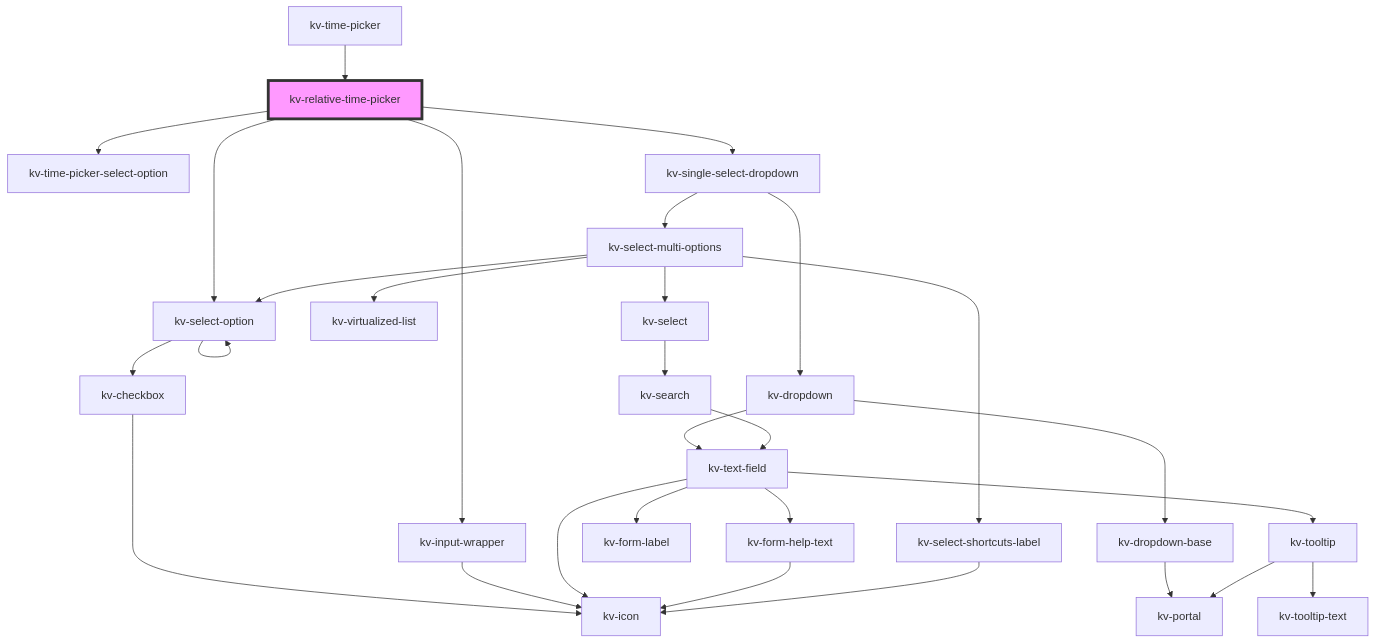
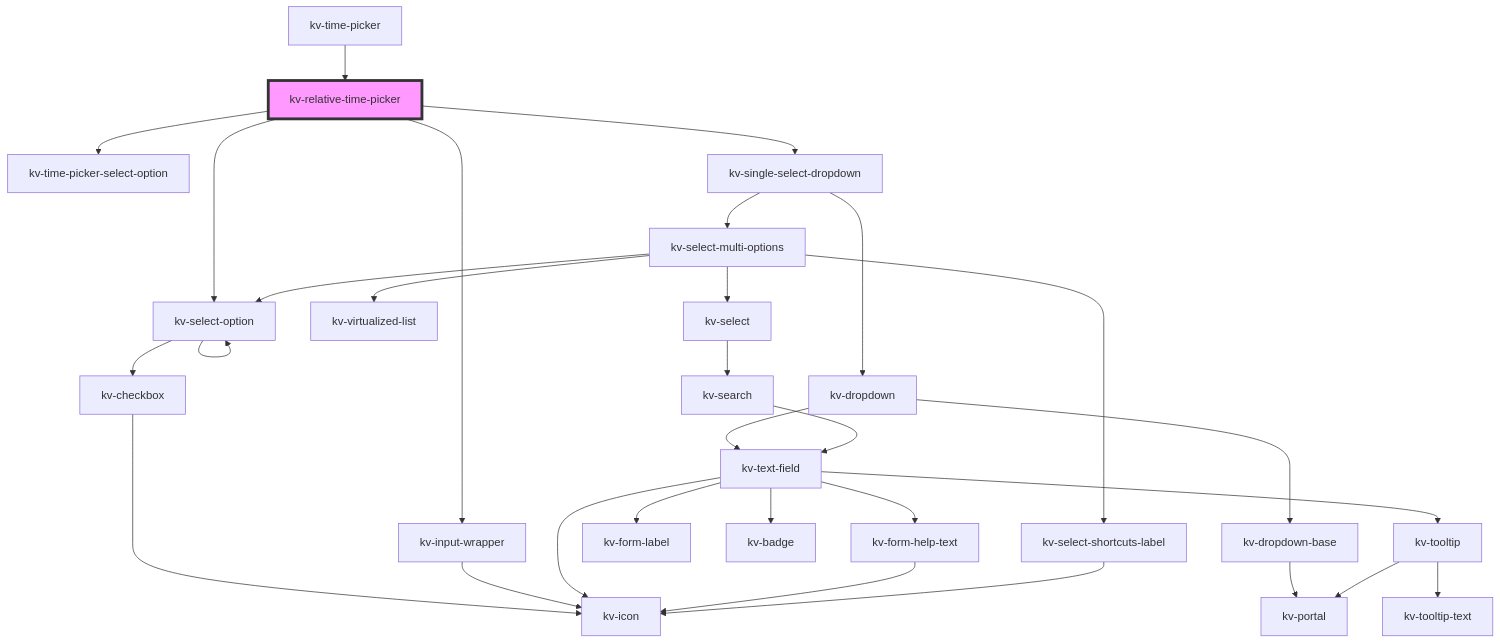
One commit to kelvininc/ui-components changed the diagram in packages/ui-components/src/components/relative-time-picker/readme.md. Above: the diagram before and after it, drawn with Mermaid. The commit also changed 48 other files, not shown here.

Commit message:
feat(text-field): add value prefix and badge

````diff
--- a/packages/ui-components/src/components/relative-time-picker/readme.md
+++ b/packages/ui-components/src/components/relative-time-picker/readme.md
@@ -94,32 +94,33 @@
 ```mermaid
 graph TD;
   kv-relative-time-picker --> kv-time-picker-select-option
   kv-relative-time-picker --> kv-select-option
   kv-relative-time-picker --> kv-input-wrapper
   kv-relative-time-picker --> kv-single-select-dropdown
   kv-select-option --> kv-checkbox
   kv-select-option --> kv-select-option
   kv-checkbox --> kv-icon
   kv-input-wrapper --> kv-icon
   kv-single-select-dropdown --> kv-dropdown
   kv-single-select-dropdown --> kv-select-multi-options
   kv-dropdown --> kv-dropdown-base
   kv-dropdown --> kv-text-field
   kv-dropdown-base --> kv-portal
   kv-text-field --> kv-tooltip
   kv-text-field --> kv-form-label
   kv-text-field --> kv-icon
+  kv-text-field --> kv-badge
   kv-text-field --> kv-form-help-text
   kv-tooltip --> kv-portal
   kv-tooltip --> kv-tooltip-text
   kv-form-help-text --> kv-icon
   kv-select-multi-options --> kv-virtualized-list
   kv-select-multi-options --> kv-select-option
   kv-select-multi-options --> kv-select
   kv-select-multi-options --> kv-select-shortcuts-label
   kv-select --> kv-search
   kv-search --> kv-text-field
   kv-select-shortcuts-label --> kv-icon
   kv-time-picker --> kv-relative-time-picker
   style kv-relative-time-picker fill:#f9f,stroke:#333,stroke-width:4px
 ```
````
